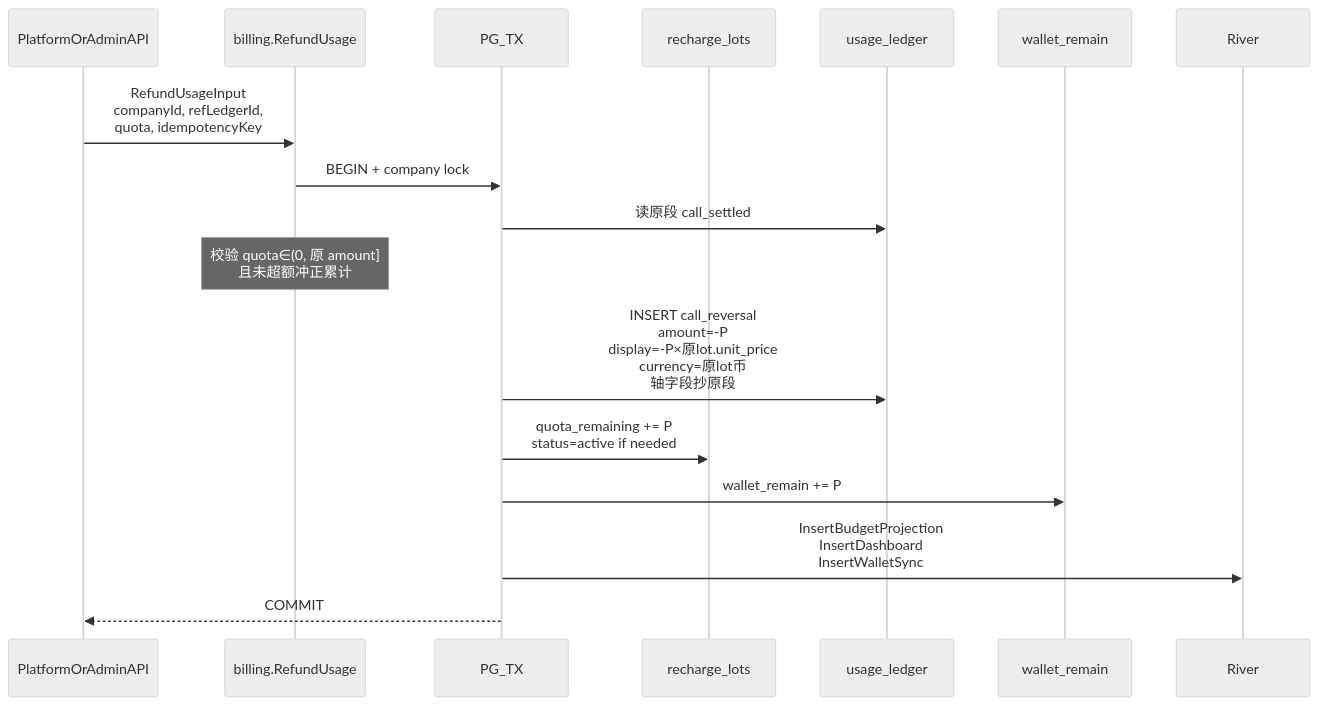
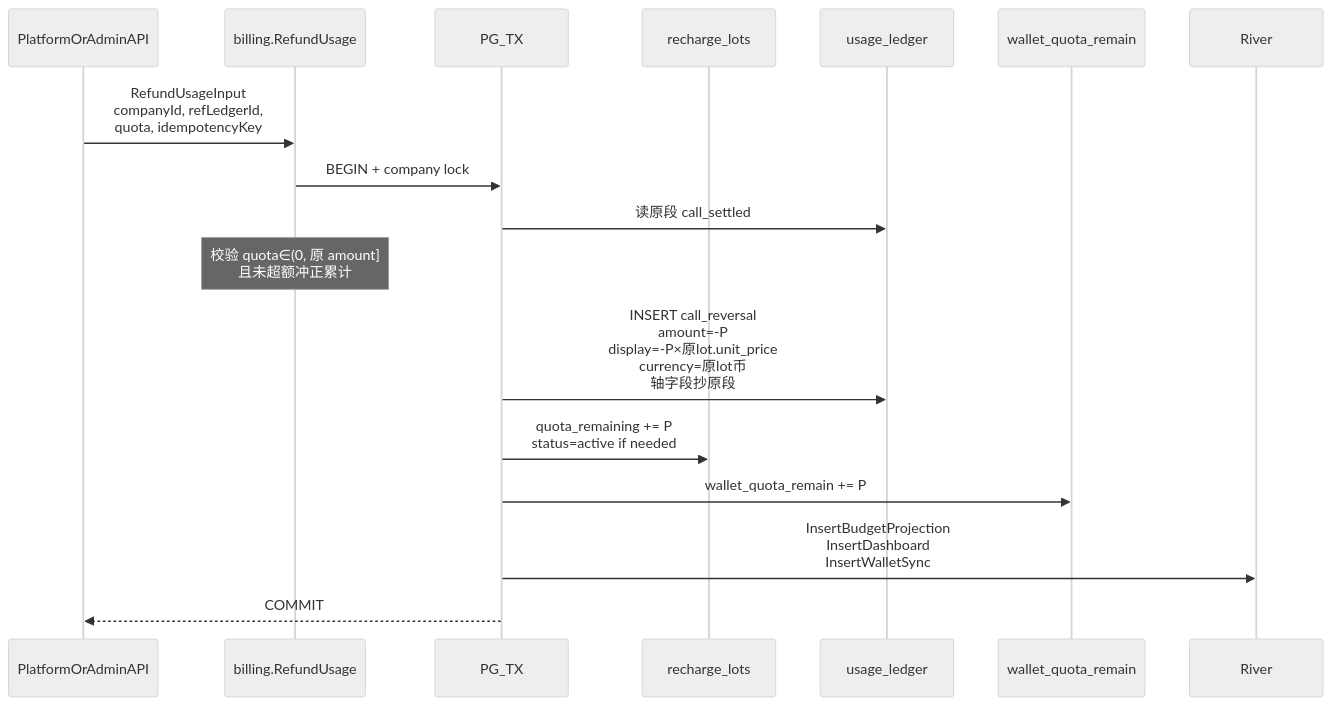
One commit to quyip8818/mytokenjoy changed the second of 3 diagrams in docs/plan/Backend-退款与冲正.md. Above: the diagram before and after it, drawn with Mermaid (neutral theme). The commit also changed other lines of this file and 43 other files, not shown here.

Commit message:
rename wallet_remain → wallet_quota_remain

````diff
--- a/docs/plan/Backend-退款与冲正.md
+++ b/docs/plan/Backend-退款与冲正.md
@@ -97,20 +97,20 @@
 ```mermaid
 sequenceDiagram
   participant API as PlatformOrAdminAPI
   participant Svc as billing.RefundUsage
   participant Tx as PG_TX
   participant Lot as recharge_lots
   participant Ld as usage_ledger
-  participant W as wallet_remain
+  participant W as wallet_quota_remain
   participant Q as River
 
   API->>Svc: RefundUsageInput<br/>companyId, refLedgerId,<br/>quota, idempotencyKey
   Svc->>Tx: BEGIN + company lock
   Tx->>Ld: 读原段 call_settled
   Note over Svc: 校验 quota∈(0, 原 amount]<br/>且未超额冲正累计
   Tx->>Ld: INSERT call_reversal<br/>amount=-P<br/>display=-P×原lot.unit_price<br/>currency=原lot币<br/>轴字段抄原段
   Tx->>Lot: quota_remaining += P<br/>status=active if needed
-  Tx->>W: wallet_remain += P
+  Tx->>W: wallet_quota_remain += P
   Tx->>Q: InsertBudgetProjection<br/>InsertDashboard<br/>InsertWalletSync
   Tx-->>API: COMMIT
 ```
````
